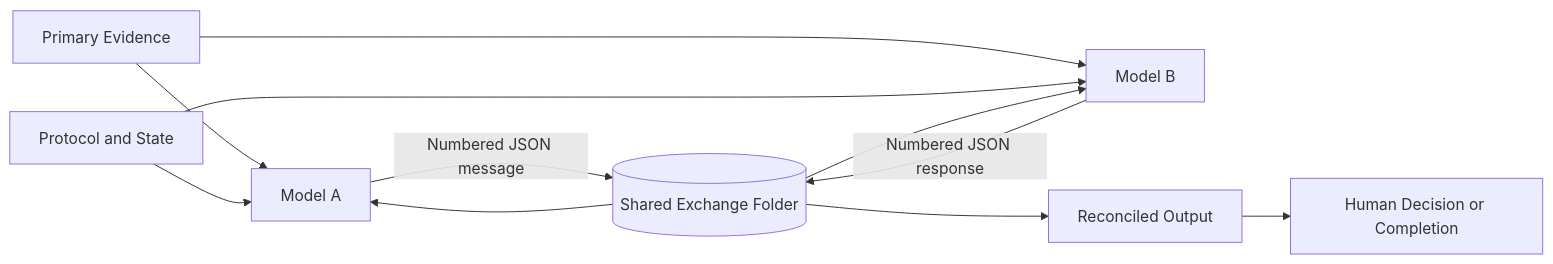
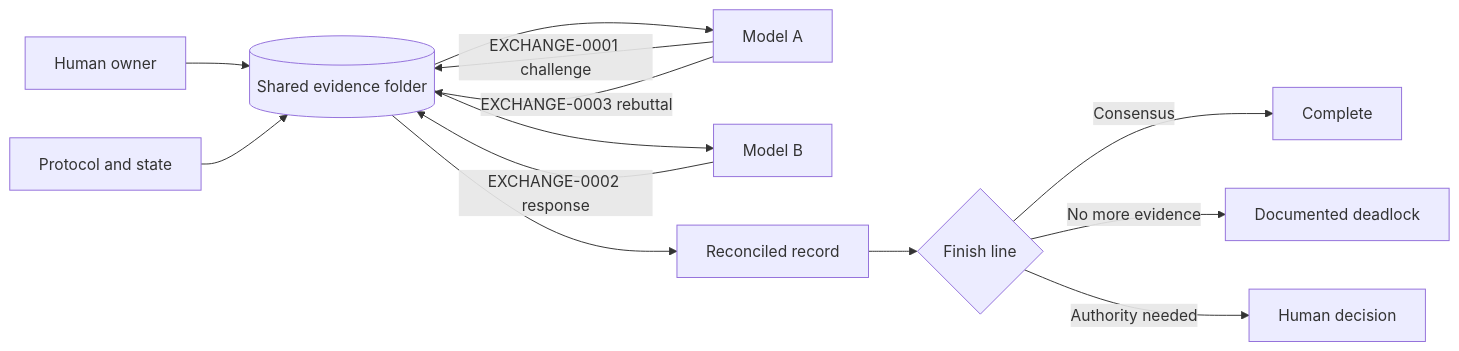
One commit to vimap9601/shared-evidence-exchange changed the diagram in README.md. Above: the diagram before and after it, drawn with Mermaid. The commit also changed other lines of this file and 38 other files, not shown here.

````diff
--- a/README.md
+++ b/README.md
@@ -28,13 +61,15 @@
 ```mermaid
 flowchart LR
-    E[Primary Evidence] --> A[Model A]
+    H[Human owner] --> E[(Shared evidence folder)]
+    P[Protocol and state] --> E
+    E --> A[Model A]
     E --> B[Model B]
-    P[Protocol and State] --> A
-    P --> B
-    A -->|Numbered JSON message| X[(Shared Exchange Folder)]
-    B -->|Numbered JSON response| X
-    X --> A
-    X --> B
-    X --> F[Reconciled Output]
-    F --> H[Human Decision or Completion]
+    A -->|EXCHANGE-0001 challenge| E
+    B -->|EXCHANGE-0002 response| E
+    A -->|EXCHANGE-0003 rebuttal| E
+    E --> R[Reconciled record]
+    R --> D{Finish line}
+    D -->|Consensus| C[Complete]
+    D -->|No more evidence| U[Documented deadlock]
+    D -->|Authority needed| X[Human decision]
 ```
````
